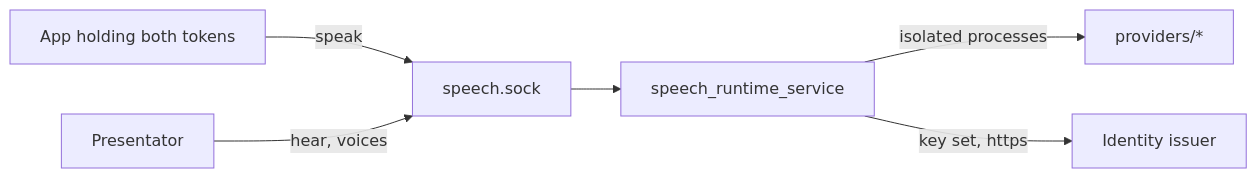
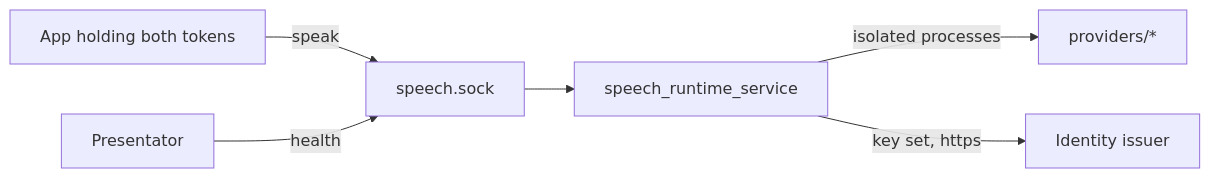
The diagram in docs/ARCHITECTURE.md (overnightworks/speech-runtime), drawn with Mermaid before and after one commit. The commit also changed other lines of this file and 2 other files, not shown here.

First line of the commit message:
Document the health-and-speak-only service

````diff
--- a/docs/ARCHITECTURE.md
+++ b/docs/ARCHITECTURE.md
@@ -15,8 +15,8 @@
 ```mermaid
 flowchart LR
     app[App holding both tokens] -->|speak| socket[speech.sock]
-    presentator[Presentator] -->|hear, voices| socket
+    presentator[Presentator] -->|health| socket
     socket --> service[speech_runtime_service]
     service -->|isolated processes| providers[providers/*]
     service -->|key set, https| issuer[Identity issuer]
 ```
````
